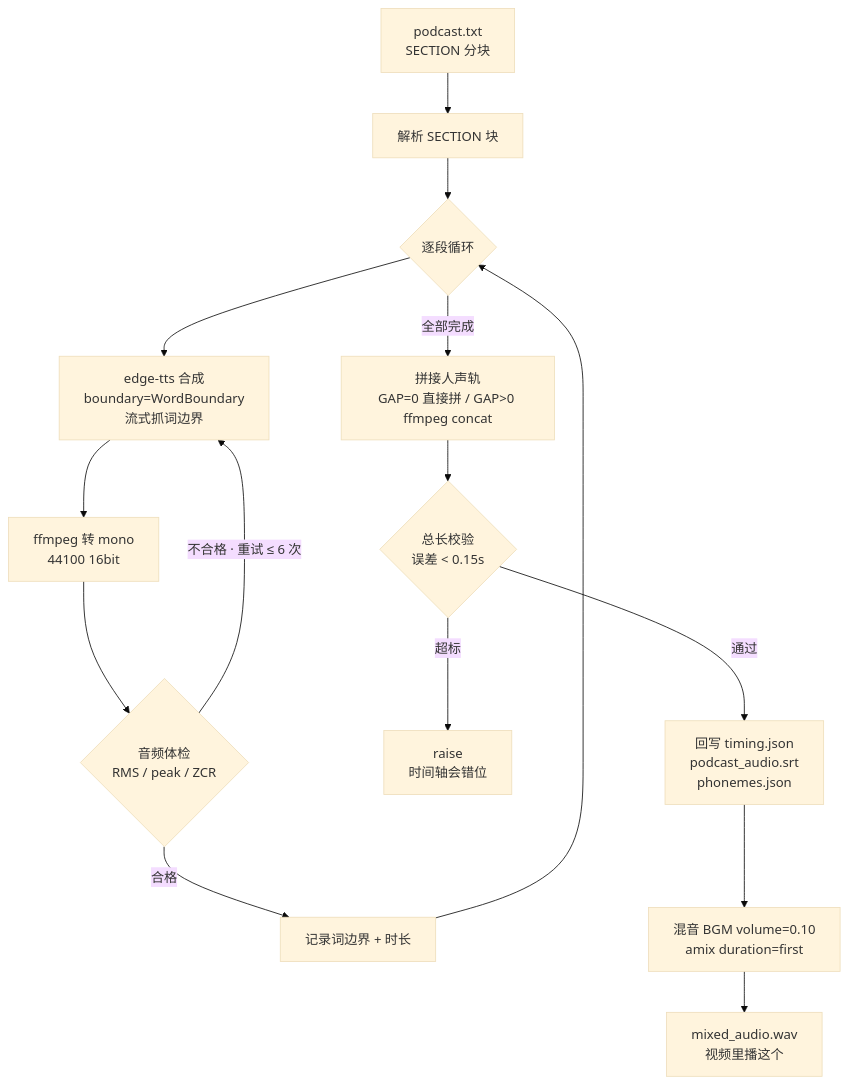
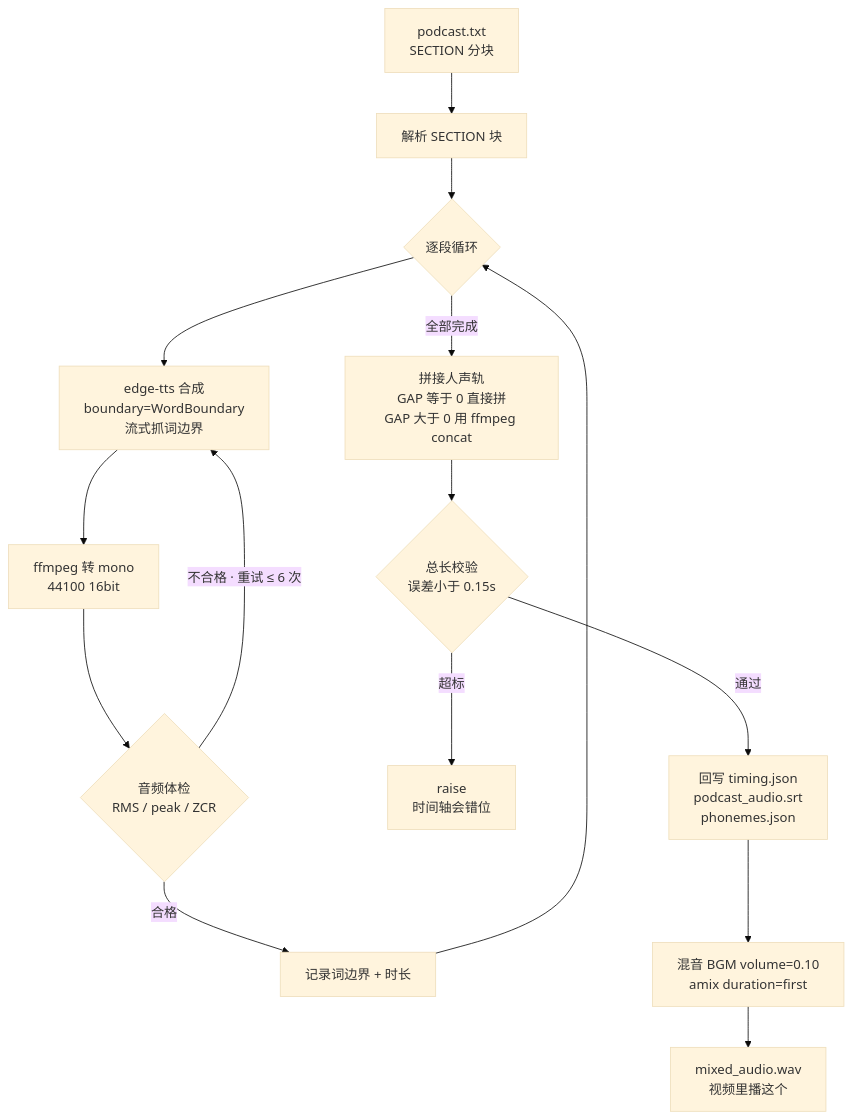
The fourth of 6 diagrams in README.md (SpenBug/mcm-video-pipeline), drawn with Mermaid (base theme) before and after one commit. The commit also changed 1 other file, not shown here.

Commit message:
fix: 修掉 Mermaid 节点标签里的尖括号，避免 GitHub 解析成 HTML 标签

````diff
--- a/README.md
+++ b/README.md
@@ -355,19 +355,19 @@
 ```mermaid
 flowchart TD
     TXT["podcast.txt<br/>SECTION 分块"] --> Parse["解析 SECTION 块"]
     Parse --> Loop{"逐段循环"}
 
     Loop --> TTS["edge-tts 合成<br/>boundary=WordBoundary<br/>流式抓词边界"]
     TTS --> Wav["ffmpeg 转 mono<br/>44100 16bit"]
     Wav --> Health{"音频体检<br/>RMS / peak / ZCR"}
     Health -->|"不合格 · 重试 ≤ 6 次"| TTS
     Health -->|"合格"| Rec["记录词边界 + 时长"]
     Rec --> Loop
 
-    Loop -->|"全部完成"| Concat["拼接人声轨<br/>GAP=0 直接拼 / GAP>0 ffmpeg concat"]
-    Concat --> Len{"总长校验<br/>误差 < 0.15s"}
+    Loop -->|"全部完成"| Concat["拼接人声轨<br/>GAP 等于 0 直接拼<br/>GAP 大于 0 用 ffmpeg concat"]
+    Concat --> Len{"总长校验<br/>误差小于 0.15s"}
     Len -->|"超标"| Fail["raise<br/>时间轴会错位"]
     Len -->|"通过"| Write["回写 timing.json<br/>podcast_audio.srt<br/>phonemes.json"]
     Write --> Mix["混音 BGM volume=0.10<br/>amix duration=first"]
     Mix --> Out["mixed_audio.wav<br/>视频里播这个"]
 ```
````
